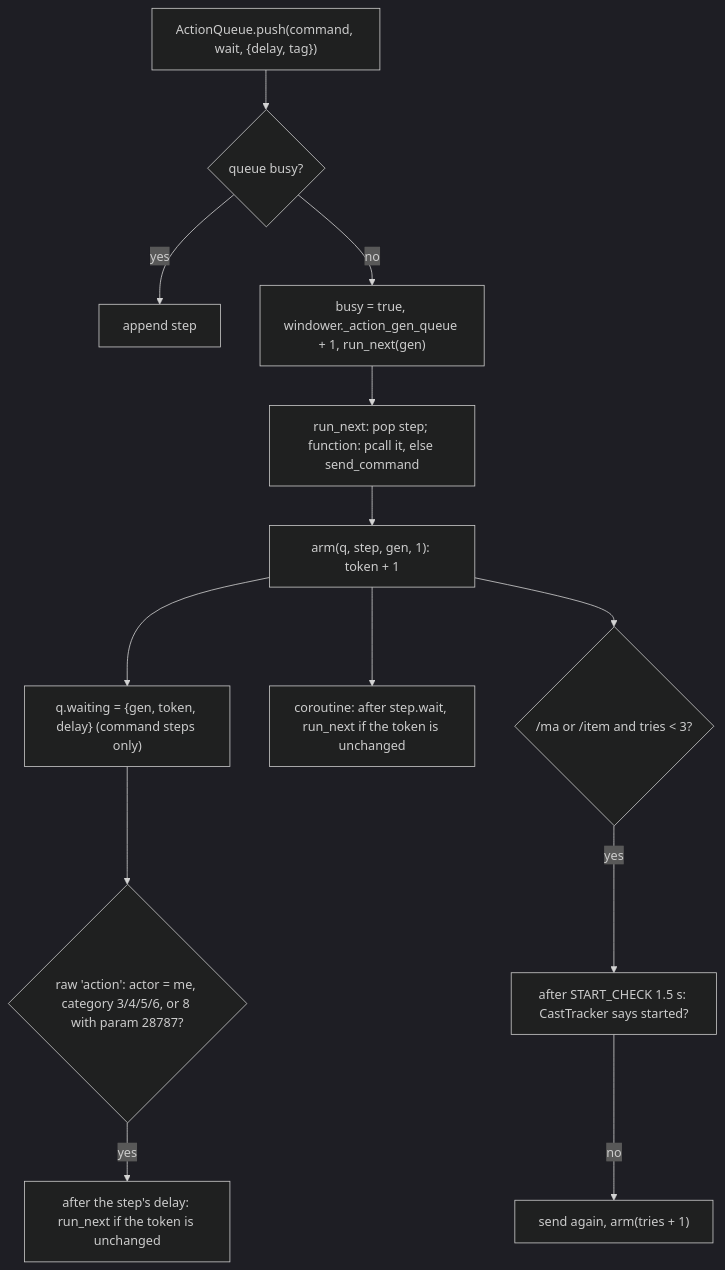
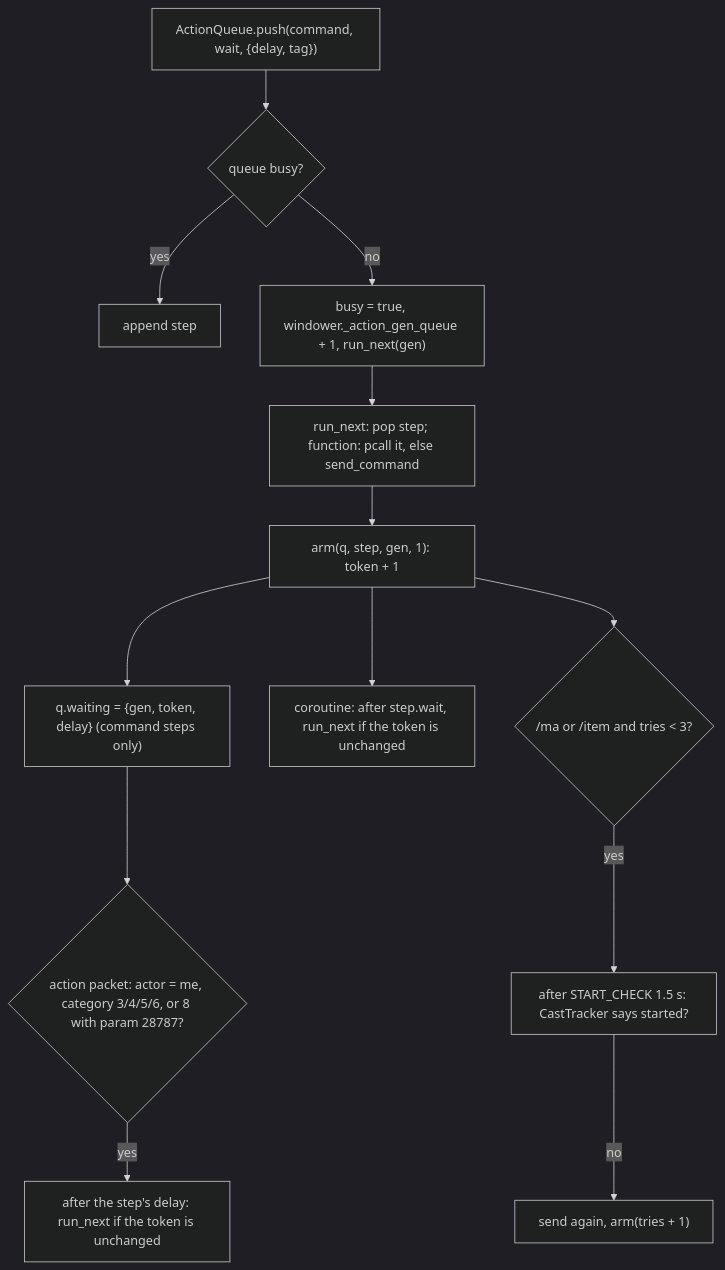
Before and after one commit to ejouanchicot/Gearswap: the second of 2 diagrams in docs/dev/systems/stealth.md, drawn with Mermaid (dark theme). The commit also changed other lines of this file and 13 other files, not shown here.

````diff
--- a/docs/dev/systems/stealth.md
+++ b/docs/dev/systems/stealth.md
@@ -108,15 +108,15 @@
 ```mermaid
 flowchart TD
     P["ActionQueue.push(command, wait, {delay, tag})"] --> B{"queue busy?"}
     B -- yes --> A["append step"]
     B -- no --> G["busy = true, windower._action_gen_queue + 1, run_next(gen)"]
     G --> R["run_next: pop step; function: pcall it, else send_command"]
     R --> AR["arm(q, step, gen, 1): token + 1"]
     AR --> W["q.waiting = {gen, token, delay} (command steps only)"]
     AR --> F["coroutine: after step.wait, run_next if the token is unchanged"]
     AR --> C{"/ma or /item and tries < 3?"}
     C -- yes --> CK["after START_CHECK 1.5 s: CastTracker says started?"]
     CK -- no --> RS["send again, arm(tries + 1)"]
-    W --> E{"raw 'action': actor = me, category 3/4/5/6, or 8 with param 28787?"}
+    W --> E{"action packet: actor = me, category 3/4/5/6, or 8 with param 28787?"}
     E -- yes --> D["after the step's delay: run_next if the token is unchanged"]
 ```
````
